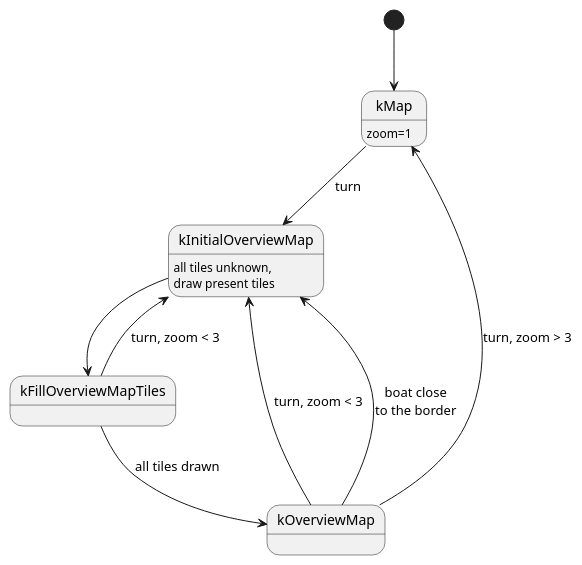
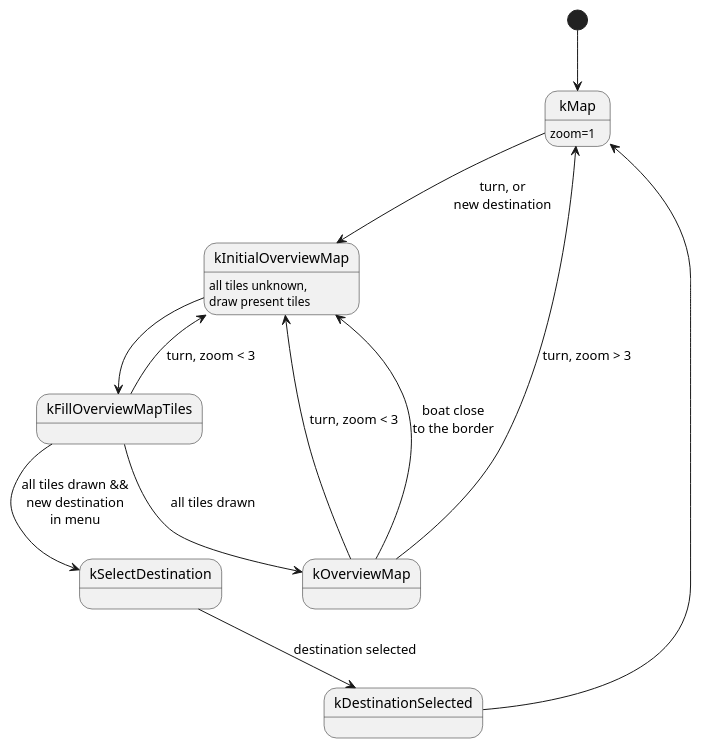
Before and after one commit to SimonKagstrom/maelir: the diagram in src/ui/ui_state_machine.pu, drawn with PlantUML. The commit also changed 9 other files, not shown here.

```diff
--- a/src/ui/ui_state_machine.pu
+++ b/src/ui/ui_state_machine.pu
@@ -1,19 +1,26 @@
 @startuml
 
 state kMap : zoom=1
 state kInitialOverviewMap : all tiles unknown,\ndraw present tiles
 state kFillOverviewMapTiles
 state kOverviewMap
+state kSelectDestination
+state kDestinationSelected
 
 [*] --> kMap
-kMap --> kInitialOverviewMap : turn
+kMap --> kInitialOverviewMap : turn, or\nnew destination
 
 kInitialOverviewMap --> kFillOverviewMapTiles
 kFillOverviewMapTiles --> kOverviewMap : all tiles drawn
 kFillOverviewMapTiles --> kInitialOverviewMap : turn, zoom < 3
 
+kFillOverviewMapTiles --> kSelectDestination : all tiles drawn &&\nnew destination\nin menu
+
 kOverviewMap --> kMap : turn, zoom > 3
 kOverviewMap --> kInitialOverviewMap : turn, zoom < 3
 kOverviewMap --> kInitialOverviewMap : boat close\nto the border
 
+kSelectDestination --> kDestinationSelected : destination selected
+kDestinationSelected --> kMap
+
 @enduml
```
